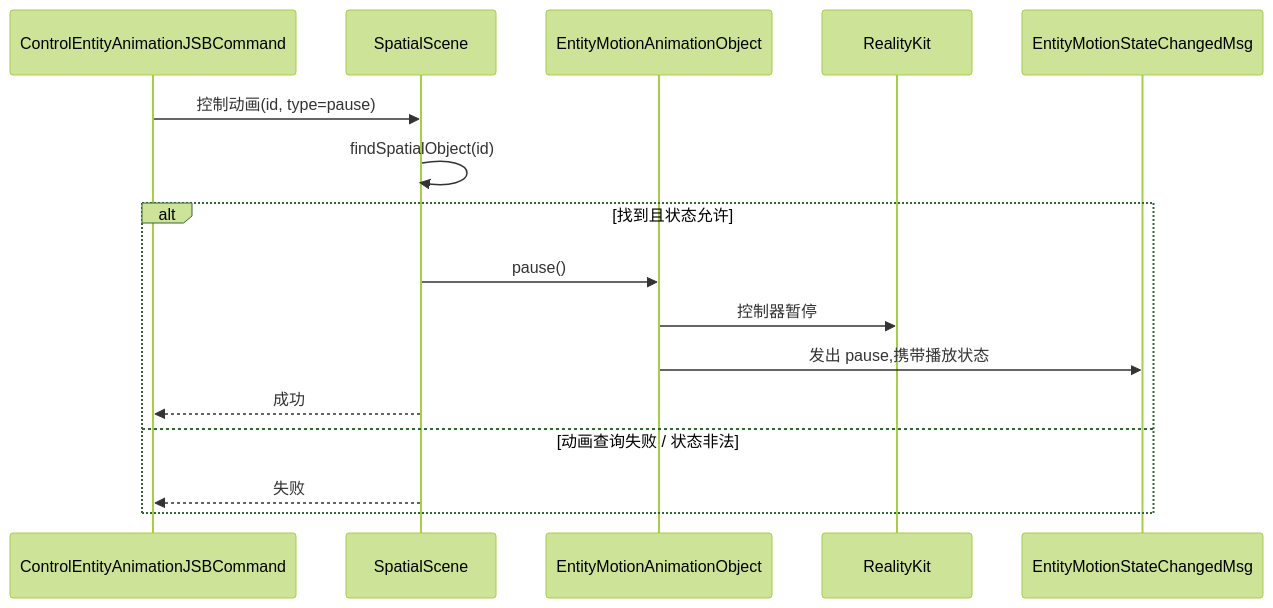
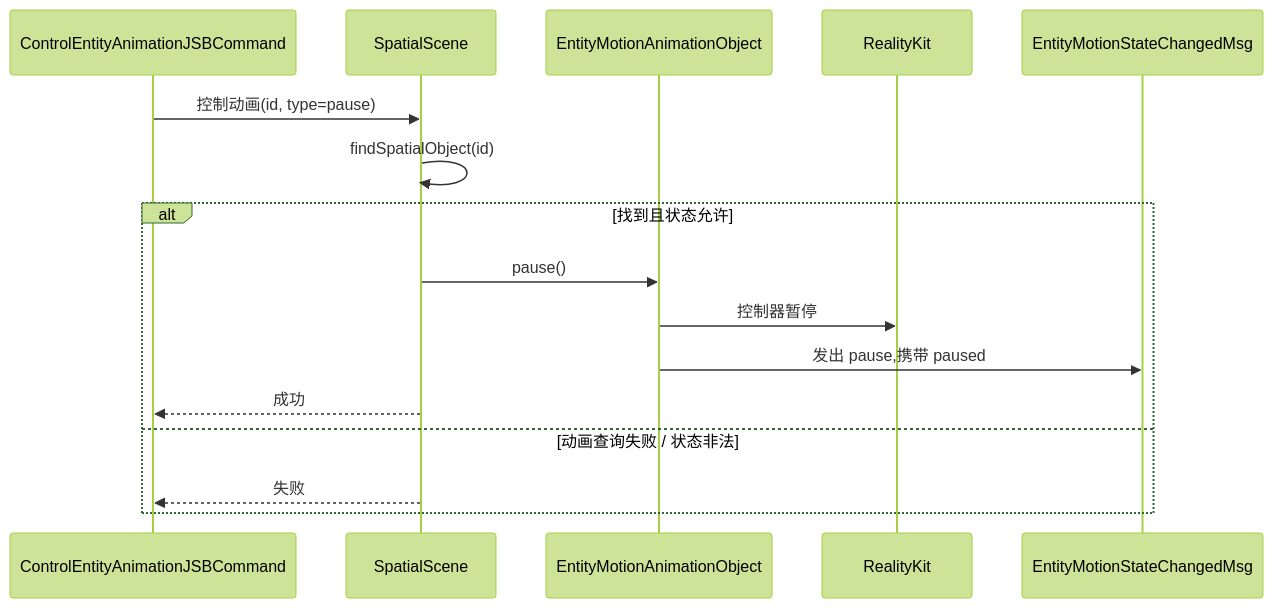
Diagram 12 of 14 in openspec/changes/redesign-entity-motion-api/design.zh.md (webspatial/webspatial-sdk), drawn with Mermaid (forest theme) before and after one commit. The commit also changed other lines of this file and 33 other files, not shown here.

````diff
--- a/openspec/changes/redesign-entity-motion-api/design.zh.md
+++ b/openspec/changes/redesign-entity-motion-api/design.zh.md
@@ -1277,19 +1279,19 @@
 ```mermaid
 sequenceDiagram
     participant JSB as ControlEntityAnimationJSBCommand
     participant Scene as SpatialScene
     participant Obj as EntityMotionAnimationObject
     participant RK as RealityKit
     participant Event as EntityMotionStateChangedMsg
 
     JSB->>Scene: 控制动画(id, type=pause)
     Scene->>Scene: findSpatialObject(id)
     alt 找到且状态允许
         Scene->>Obj: pause()
         Obj->>RK: 控制器暂停
-        Obj->>Event: 发出 pause,携带播放状态
+        Obj->>Event: 发出 pause,携带 paused
         Scene-->>JSB: 成功
     else 动画查询失败 / 状态非法
         Scene-->>JSB: 失败
     end
 ```
````
